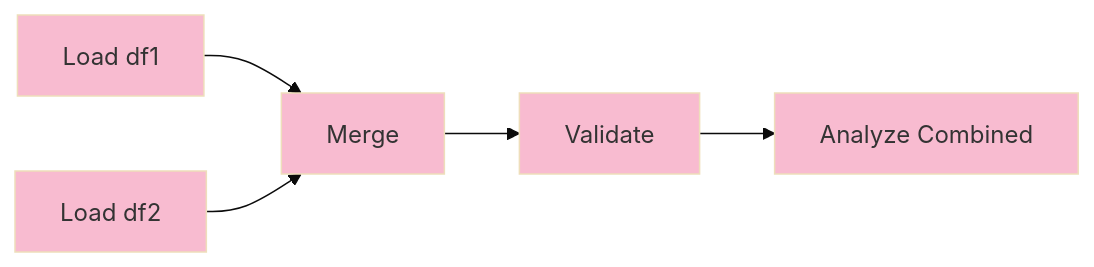
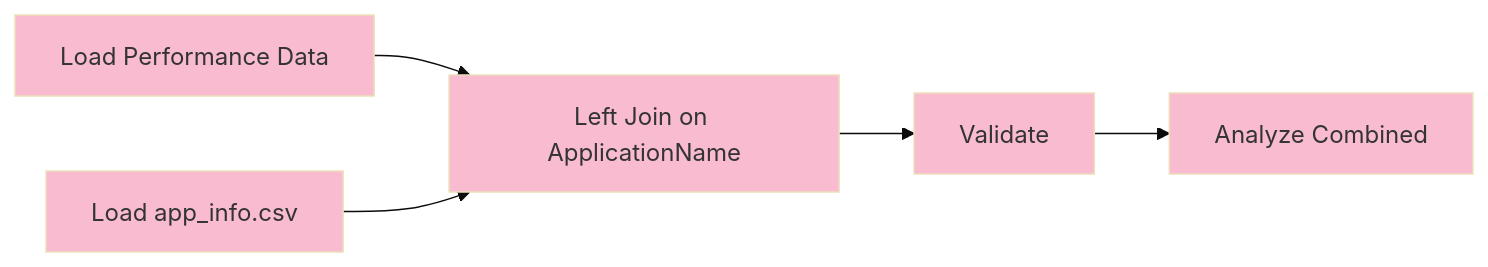
The eighth of 11 diagrams in module-bd/DOCUMENTATION.md (iportilla/CItraining), drawn with Mermaid (base theme) before and after one commit. The commit also changed other lines of this file and 4 other files, not shown here.

````diff
--- a/module-bd/DOCUMENTATION.md
+++ b/module-bd/DOCUMENTATION.md
@@ -737,13 +1172,13 @@
 ```mermaid
 graph LR
-    A["Load df1"] --> D["Merge"]
-    B["Load df2"] --> D
+    A["Load Performance Data"] --> D["Left Join on ApplicationName"]
+    B["Load app_info.csv"] --> D
     D --> E["Validate"]
     E --> F["Analyze Combined"]
     
     style A fill:#f8bbd0
     style B fill:#f8bbd0
     style D fill:#f8bbd0
     style E fill:#f8bbd0
     style F fill:#f8bbd0
 ```
````
